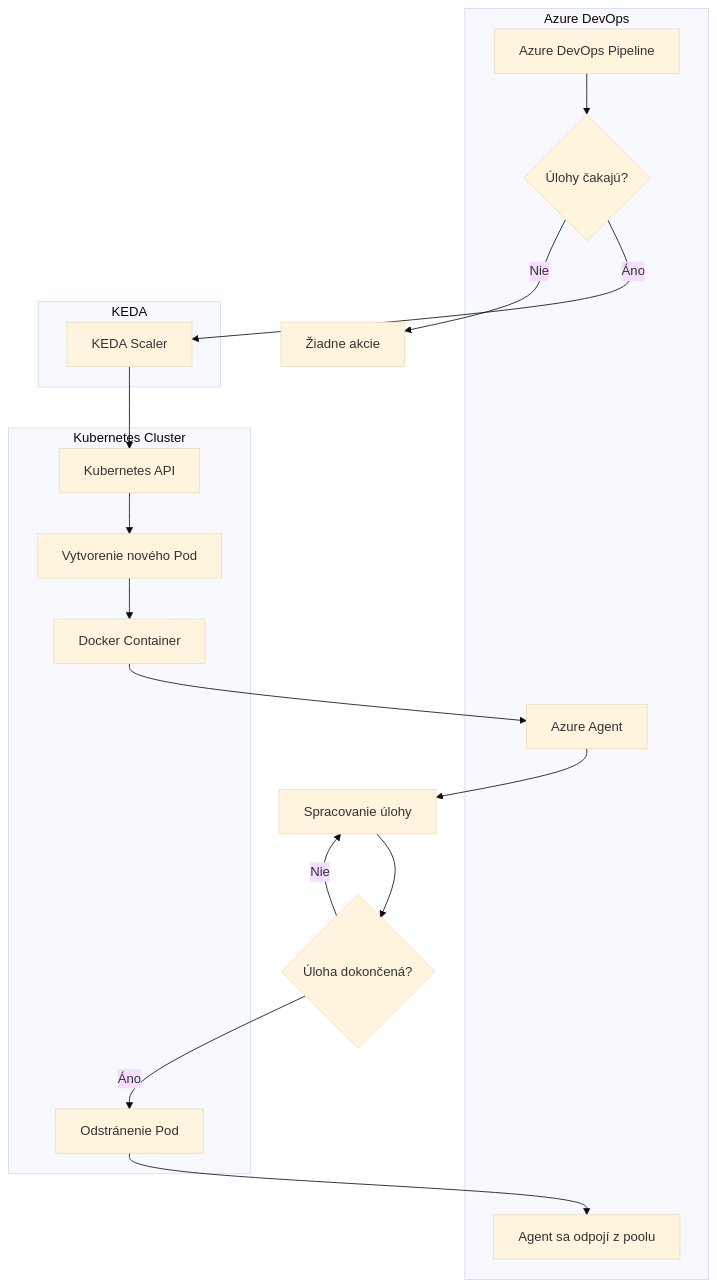
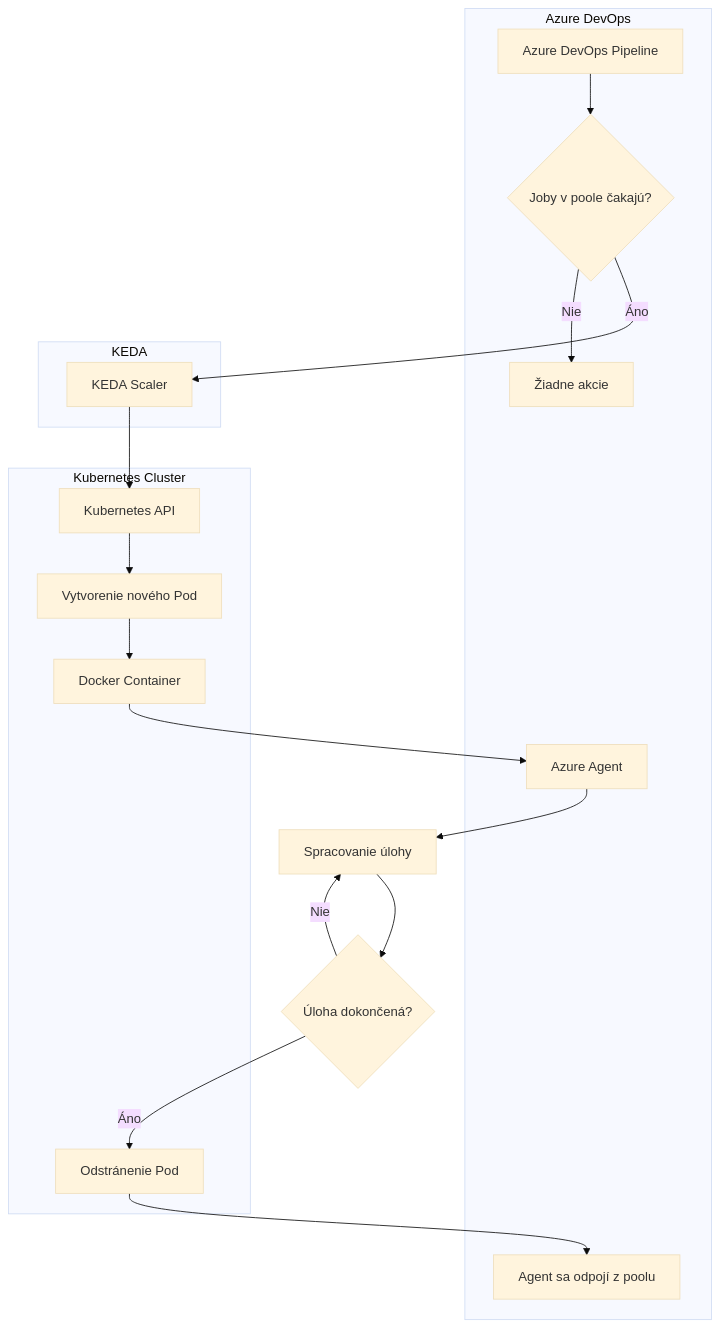
One commit to motycak/kros-sk.github.io changed the diagram in linuxmachine/user-documentation.md. Above: the diagram before and after it, drawn with Mermaid (base theme).

````diff
--- a/linuxmachine/user-documentation.md
+++ b/linuxmachine/user-documentation.md
@@ -26,36 +26,37 @@
 ```mermaid
 flowchart TD
-    A[Azure DevOps Pipeline] --> B{Úlohy čakajú?}
+    A[Azure DevOps Pipeline] --> B{Joby v poole čakajú?}
     B -->|Áno| C[KEDA Scaler]
     B -->|Nie| D[Žiadne akcie]
     
     C --> E[Kubernetes API]
     E --> F[Vytvorenie nového Pod]
     F --> G[Docker Container]
     G --> H[Azure Agent]
     H --> I[Spracovanie úlohy]
     
     I --> J{Úloha dokončená?}
     J -->|Áno| K[Odstránenie Pod]
     J -->|Nie| I
     
     K --> L[Agent sa odpojí z poolu]
     
     subgraph "Kubernetes Cluster"
         E
         F
         G
         K
     end
     
     subgraph "Azure DevOps"
         A
         B
+        D
         H
         L
     end
     
     subgraph "KEDA"
         C
     end
 ```
````
